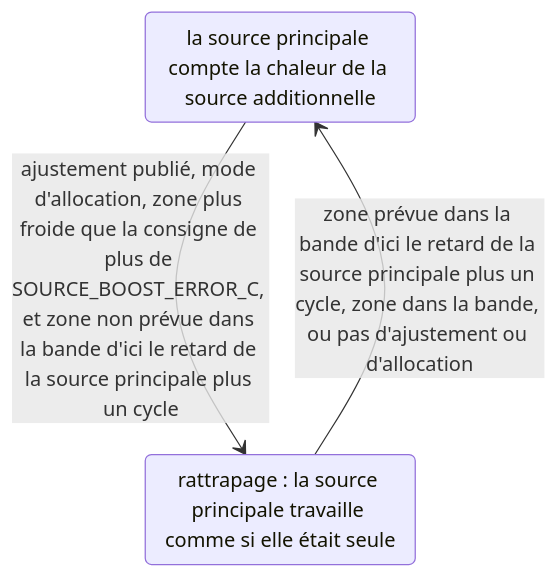
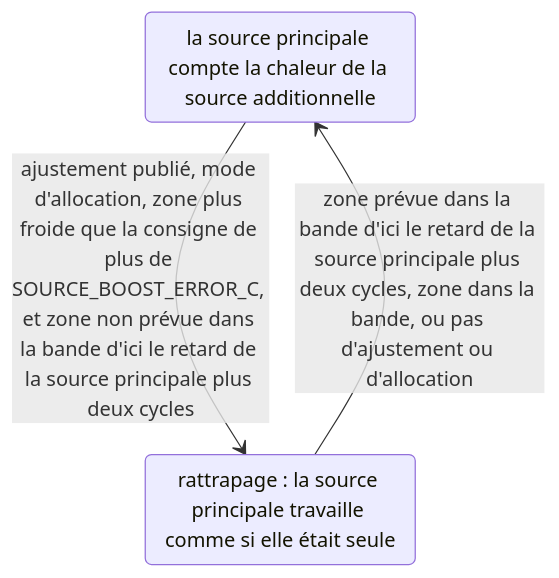
The eighth of 11 diagrams in documentation/fr/zone_dependencies.md (Shadow-230/vtherm_smartpi), drawn with Mermaid before and after one commit. The commit also changed other lines of this file and 26 other files, not shown here.

````diff
--- a/documentation/fr/zone_dependencies.md
+++ b/documentation/fr/zone_dependencies.md
@@ -931,7 +940,7 @@
 ```mermaid
 stateDiagram-v2
     state "la source principale compte la chaleur de la source additionnelle" as Counted
     state "rattrapage : la source principale travaille comme si elle était seule" as Boost
-    Counted --> Boost: ajustement publié, mode d'allocation, zone plus froide que la consigne de plus de SOURCE_BOOST_ERROR_C, et zone non prévue dans la bande d'ici le retard de la source principale plus un cycle
-    Boost --> Counted: zone prévue dans la bande d'ici le retard de la source principale plus un cycle, zone dans la bande, ou pas d'ajustement ou d'allocation
+    Counted --> Boost: ajustement publié, mode d'allocation, zone plus froide que la consigne de plus de SOURCE_BOOST_ERROR_C, et zone non prévue dans la bande d'ici le retard de la source principale plus deux cycles
+    Boost --> Counted: zone prévue dans la bande d'ici le retard de la source principale plus deux cycles, zone dans la bande, ou pas d'ajustement ou d'allocation
 ```
````
